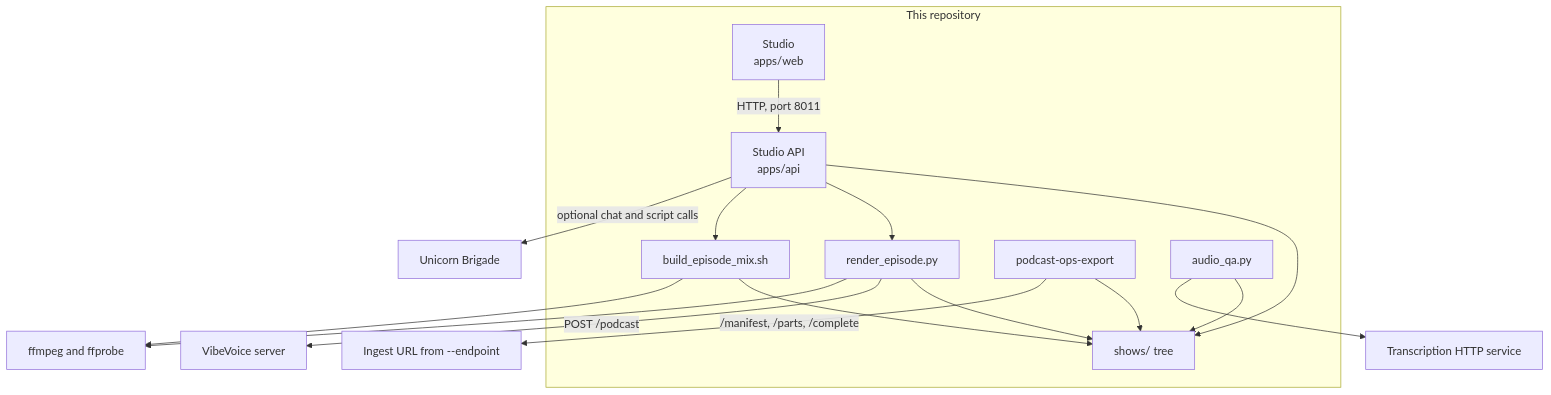
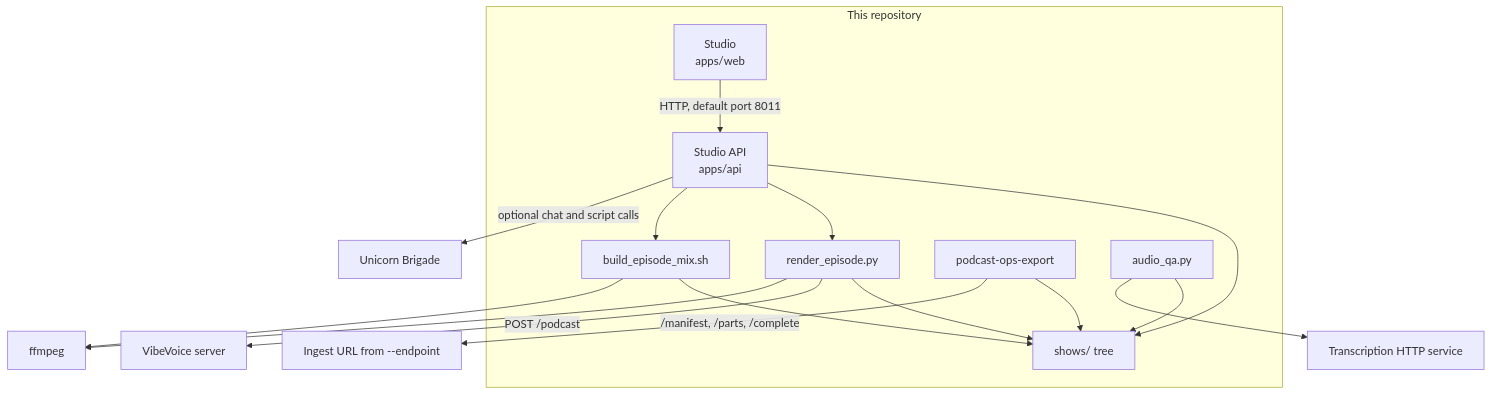
The second of 2 diagrams in README.md (Unicorn-Commander/Podcast-Ops), drawn with Mermaid before and after one commit. The commit also changed other lines of this file, not shown here.

````diff
--- a/README.md
+++ b/README.md
@@ -320,26 +323,26 @@
 ```mermaid
 flowchart TB
   subgraph repo [This repository]
     Web["Studio<br/>apps/web"]
     API["Studio API<br/>apps/api"]
     Shows["shows/ tree"]
     Render["render_episode.py"]
     Mix["build_episode_mix.sh"]
     Export["podcast-ops-export"]
     QA["audio_qa.py"]
   end
-  Web -->|"HTTP, port 8011"| API
+  Web -->|"HTTP, default port 8011"| API
   API --> Shows
   API --> Render
   API --> Mix
   Render --> Shows
   Mix --> Shows
   Export --> Shows
   QA --> Shows
   Render -->|"POST /podcast"| VV["VibeVoice server"]
   API -->|"optional chat and script calls"| Brigade["Unicorn Brigade"]
   Export -->|"/manifest, /parts, /complete"| Ingest["Ingest URL from --endpoint"]
   QA --> Whisper["Transcription HTTP service"]
-  Render --> FF["ffmpeg and ffprobe"]
+  Render --> FF["ffmpeg"]
   Mix --> FF
 ```
````
